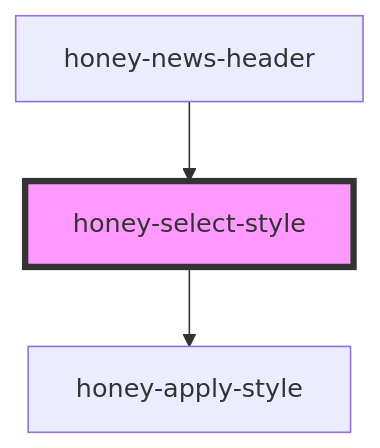
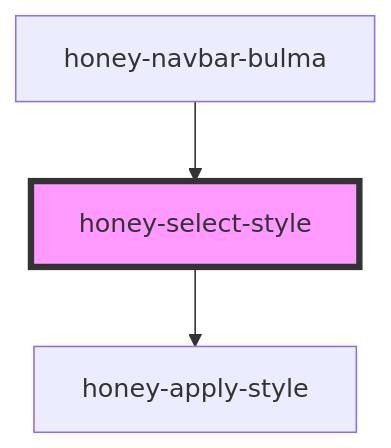
The diagram in src/components/honey-style-it/honey-select-style/readme.md (Huluvu424242/honey-news), drawn with Mermaid before and after one commit. The commit also changed other lines of this file and 17 other files, not shown here.

````diff
--- a/src/components/honey-style-it/honey-select-style/readme.md
+++ b/src/components/honey-style-it/honey-select-style/readme.md
@@ -26,6 +26,6 @@
 ```mermaid
 graph TD;
   honey-select-style --> honey-apply-style
-  honey-news-header --> honey-select-style
+  honey-navbar-bulma --> honey-select-style
   style honey-select-style fill:#f9f,stroke:#333,stroke-width:4px
 ```
````
